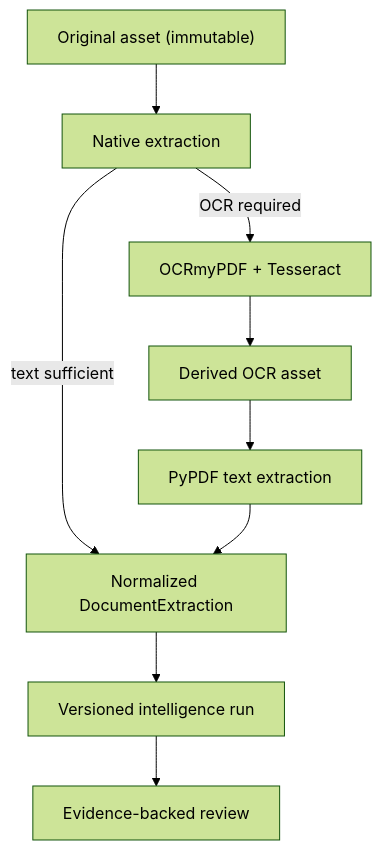
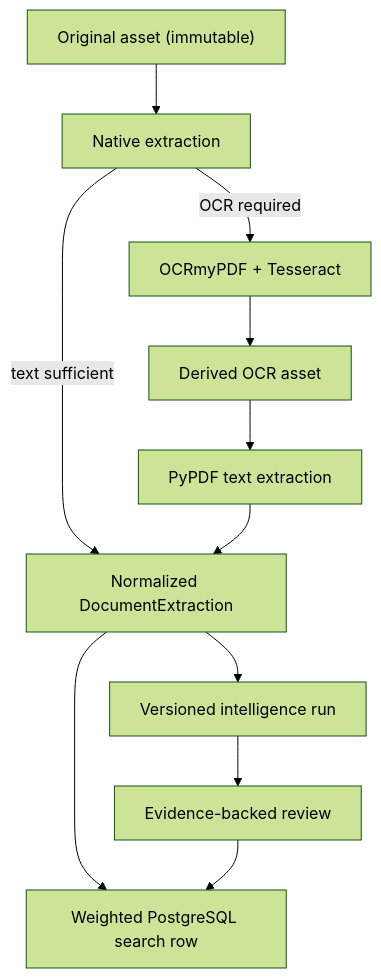
Before and after one commit to maxsmolka/private-document-intelligence: the third of 3 diagrams in docs/ARCHITECTURE.md, drawn with Mermaid (forest theme). The commit also changed other lines of this file and 6 other files, not shown here.

Commit message:
docs(search): document retrieval architecture

````diff
--- a/docs/ARCHITECTURE.md
+++ b/docs/ARCHITECTURE.md
@@ -66,11 +66,13 @@
 ```mermaid
 flowchart TD
     O["Original asset (immutable)"] --> N["Native extraction"]
     N -->|"text sufficient"| E["Normalized DocumentExtraction"]
     N -->|"OCR required"| R["OCRmyPDF + Tesseract"]
     R --> D["Derived OCR asset"]
     D --> P["PyPDF text extraction"]
     P --> E
     E --> I["Versioned intelligence run"]
     I --> V["Evidence-backed review"]
+    E --> X["Weighted PostgreSQL search row"]
+    V --> X
 ```
````
